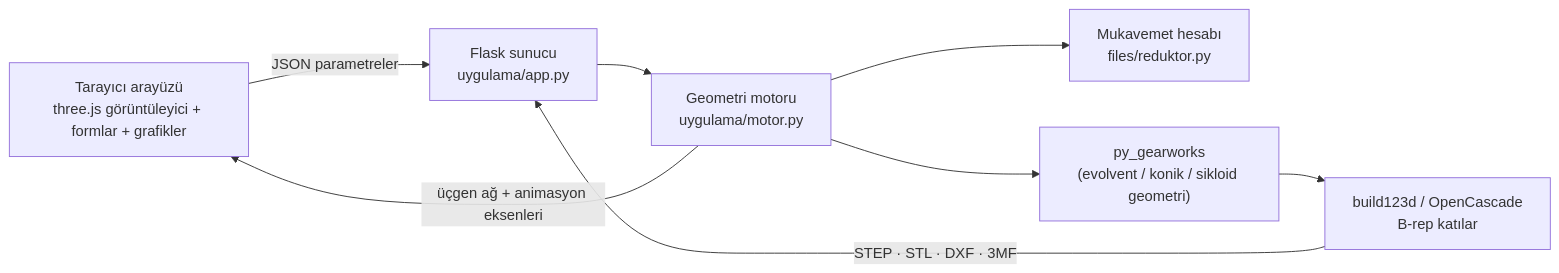
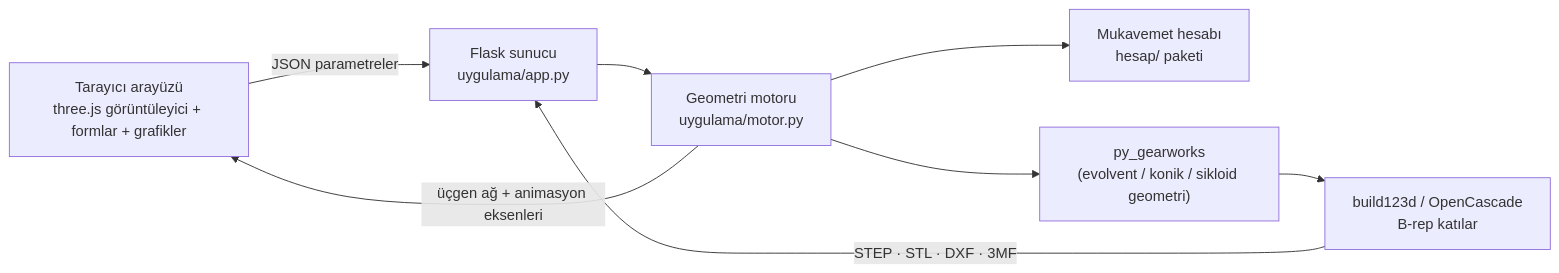
The diagram in README.md (HCE-Engineer/gear-drivetrain-design-tool), drawn with Mermaid before and after one commit. The commit also changed other lines of this file and 21 other files, not shown here.

````diff
--- a/README.md
+++ b/README.md
@@ -105,10 +135,10 @@
 ```mermaid
 flowchart LR
     UI["Tarayıcı arayüzü<br/>three.js görüntüleyici + formlar + grafikler"] -- "JSON parametreler" --> API["Flask sunucu<br/>uygulama/app.py"]
     API --> ENG["Geometri motoru<br/>uygulama/motor.py"]
-    ENG --> CALC["Mukavemet hesabı<br/>files/reduktor.py"]
+    ENG --> CALC["Mukavemet hesabı<br/>hesap/ paketi"]
     ENG --> PGW["py_gearworks<br/>(evolvent / konik / sikloid geometri)"]
     PGW --> OCC["build123d / OpenCascade<br/>B-rep katılar"]
     ENG -- "üçgen ağ + animasyon eksenleri" --> UI
     OCC -- "STEP · STL · DXF · 3MF" --> API
 ```
````
